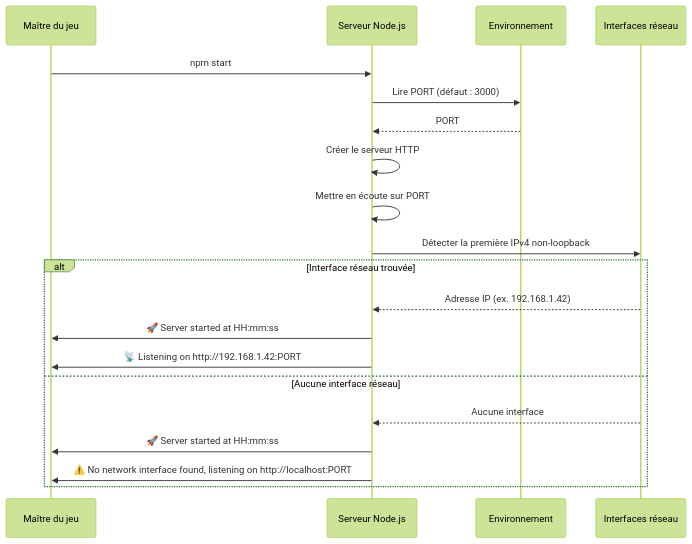
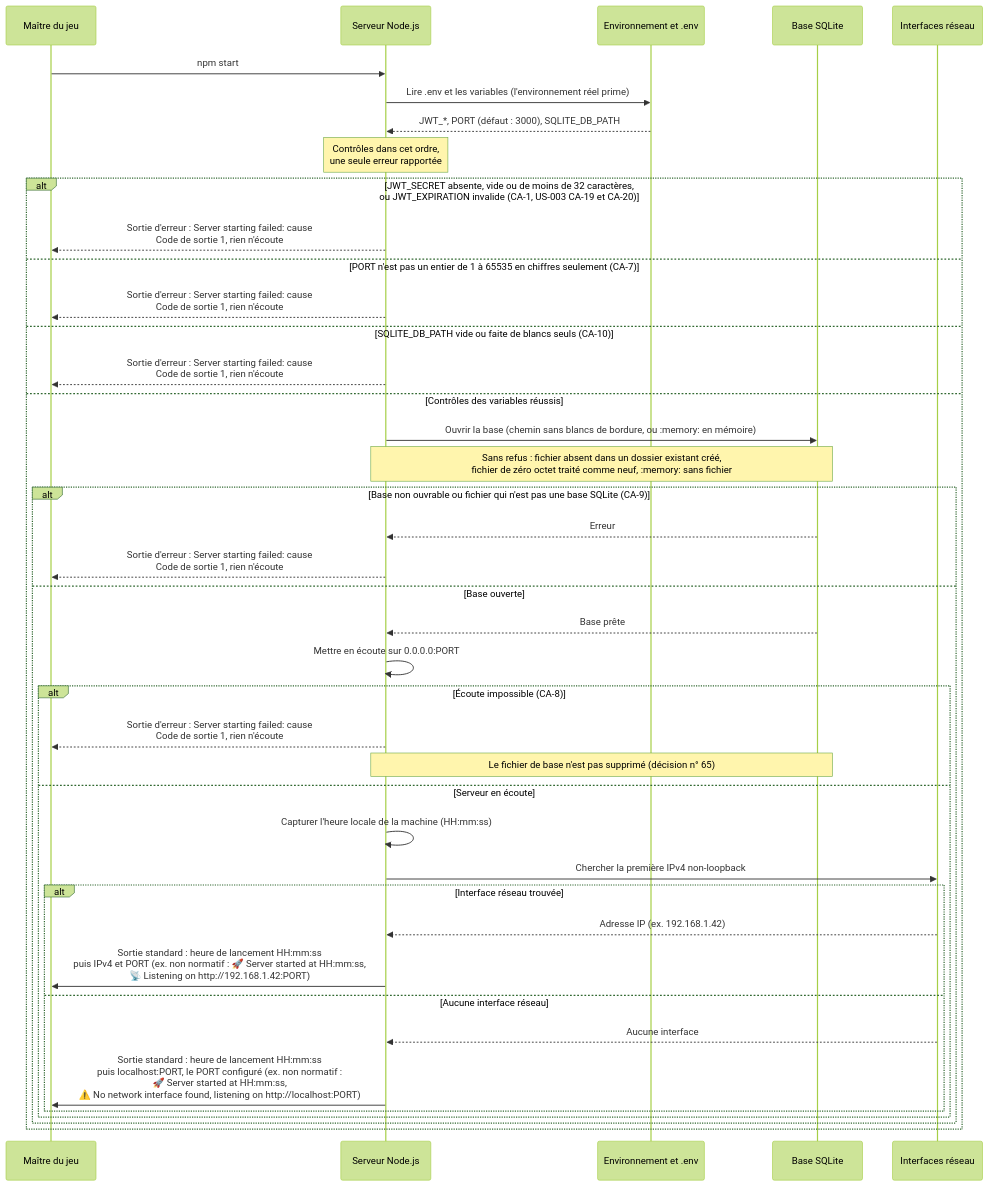
One commit to ODehel/quiz-live-server changed the diagram in docs/specs/diagrams/US-001-server-startup-sequence.mmd. Above: the diagram before and after it, drawn with Mermaid. The commit also changed 5 other files, not shown here.

First line of the commit message:
docs(specs): show the startup refusals and their order in the US-001 diagrams (#135)

```diff
--- a/docs/specs/diagrams/US-001-server-startup-sequence.mmd
+++ b/docs/specs/diagrams/US-001-server-startup-sequence.mmd
@@ -1,25 +1,45 @@
 %%{init: {"theme": "forest"}}%%
 sequenceDiagram
     participant U as Maître du jeu
     participant S as Serveur Node.js
-    participant ENV as Environnement
+    participant ENV as Environnement et .env
+    participant DB as Base SQLite
     participant NET as Interfaces réseau
 
     U->>S: npm start
-    S->>ENV: Lire PORT (défaut : 3000)
-    ENV-->>S: PORT
+    S->>ENV: Lire .env et les variables (l'environnement réel prime)
+    ENV-->>S: JWT_*, PORT (défaut : 3000), SQLITE_DB_PATH
 
-    S->>S: Créer le serveur HTTP
-    S->>S: Mettre en écoute sur PORT
+    Note over S: Contrôles dans cet ordre,<br/>une seule erreur rapportée
 
-    S->>NET: Détecter la première IPv4 non-loopback
-
-    alt Interface réseau trouvée
-        NET-->>S: Adresse IP (ex. 192.168.1.42)
-        S->>U: 🚀 Server started at HH:mm:ss
-        S->>U: 📡 Listening on http://192.168.1.42:PORT
-    else Aucune interface réseau
-        NET-->>S: Aucune interface
-        S->>U: 🚀 Server started at HH:mm:ss
-        S->>U: ⚠️ No network interface found, listening on http://localhost:PORT
+    alt JWT_SECRET absente, vide ou de moins de 32 caractères,<br/>ou JWT_EXPIRATION invalide (CA-1, US-003 CA-19 et CA-20)
+        S-->>U: Sortie d'erreur : Server starting failed: cause<br/>Code de sortie 1, rien n'écoute
+    else PORT n'est pas un entier de 1 à 65535 en chiffres seulement (CA-7)
+        S-->>U: Sortie d'erreur : Server starting failed: cause<br/>Code de sortie 1, rien n'écoute
+    else SQLITE_DB_PATH vide ou faite de blancs seuls (CA-10)
+        S-->>U: Sortie d'erreur : Server starting failed: cause<br/>Code de sortie 1, rien n'écoute
+    else Contrôles des variables réussis
+        S->>DB: Ouvrir la base (chemin sans blancs de bordure, ou :memory: en mémoire)
+        Note over S,DB: Sans refus : fichier absent dans un dossier existant créé,<br/>fichier de zéro octet traité comme neuf, :memory: sans fichier
+        alt Base non ouvrable ou fichier qui n'est pas une base SQLite (CA-9)
+            DB-->>S: Erreur
+            S-->>U: Sortie d'erreur : Server starting failed: cause<br/>Code de sortie 1, rien n'écoute
+        else Base ouverte
+            DB-->>S: Base prête
+            S->>S: Mettre en écoute sur 0.0.0.0:PORT
+            alt Écoute impossible (CA-8)
+                S-->>U: Sortie d'erreur : Server starting failed: cause<br/>Code de sortie 1, rien n'écoute
+                Note over S,DB: Le fichier de base n'est pas supprimé (décision n° 65)
+            else Serveur en écoute
+                S->>S: Capturer l'heure locale de la machine (HH:mm:ss)
+                S->>NET: Chercher la première IPv4 non-loopback
+                alt Interface réseau trouvée
+                    NET-->>S: Adresse IP (ex. 192.168.1.42)
+                    S->>U: Sortie standard : heure de lancement HH:mm:ss<br/>puis IPv4 et PORT (ex. non normatif : 🚀 Server started at HH:mm:ss,<br/>📡 Listening on http://192.168.1.42:PORT)
+                else Aucune interface réseau
+                    NET-->>S: Aucune interface
+                    S->>U: Sortie standard : heure de lancement HH:mm:ss<br/>puis localhost:PORT, le PORT configuré (ex. non normatif :<br/>🚀 Server started at HH:mm:ss,<br/>⚠️ No network interface found, listening on http://localhost:PORT)
+                end
+            end
+        end
     end
```
